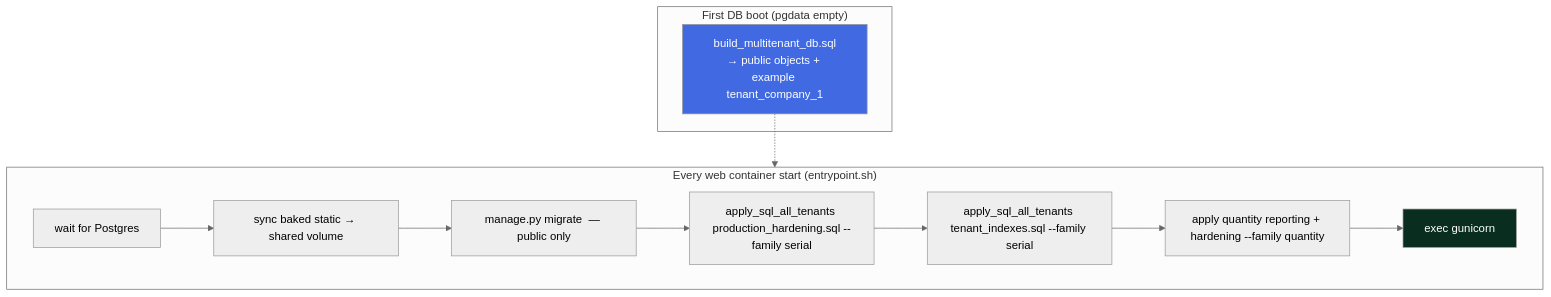
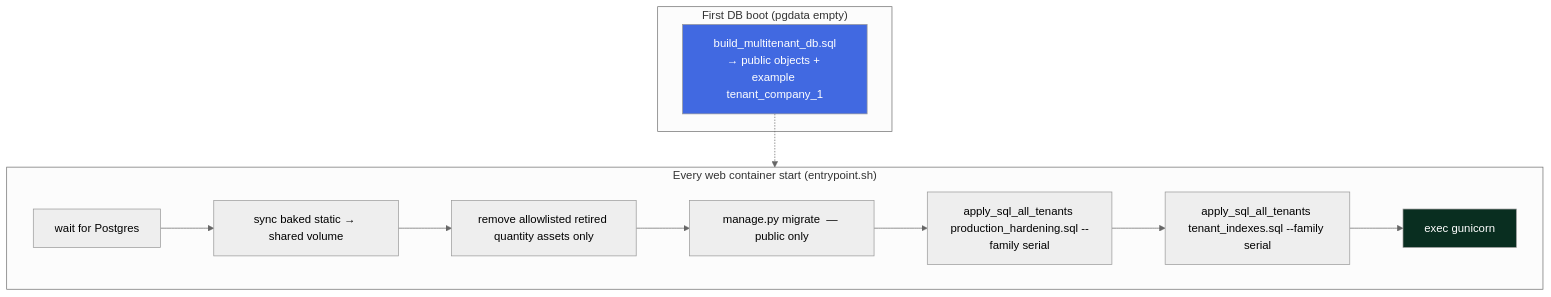
The eighth of 9 diagrams in README.md (Maaz-Bin-Haider/Financee_Multitenant_Production), drawn with Mermaid (neutral theme) before and after one commit. The commit also changed other lines of this file and 76 other files, not shown here.

````diff
--- a/README.md
+++ b/README.md
@@ -503,17 +495,17 @@
 ```mermaid
 flowchart TB
     subgraph boot["First DB boot (pgdata empty)"]
         SEED[build_multitenant_db.sql<br/>→ public objects + example tenant_company_1]
     end
     subgraph start["Every web container start (entrypoint.sh)"]
         W1[wait for Postgres] --> W2[sync baked static → shared volume]
-        W2 --> W3[manage.py migrate  — public only]
+        W2 --> RS[remove allowlisted retired quantity assets only]
+        RS --> W3[manage.py migrate  — public only]
         W3 --> W4[apply_sql_all_tenants production_hardening.sql --family serial]
         W4 --> W5[apply_sql_all_tenants tenant_indexes.sql --family serial]
-        W5 --> W6[apply quantity reporting + hardening --family quantity]
-        W6 --> W7[exec gunicorn]
+        W5 --> W6[exec gunicorn]
     end
     SEED -.-> start
     style SEED fill:#4169E1,color:#fff
-    style W7 fill:#092E20,color:#fff
+    style W6 fill:#092E20,color:#fff
 ```
````
